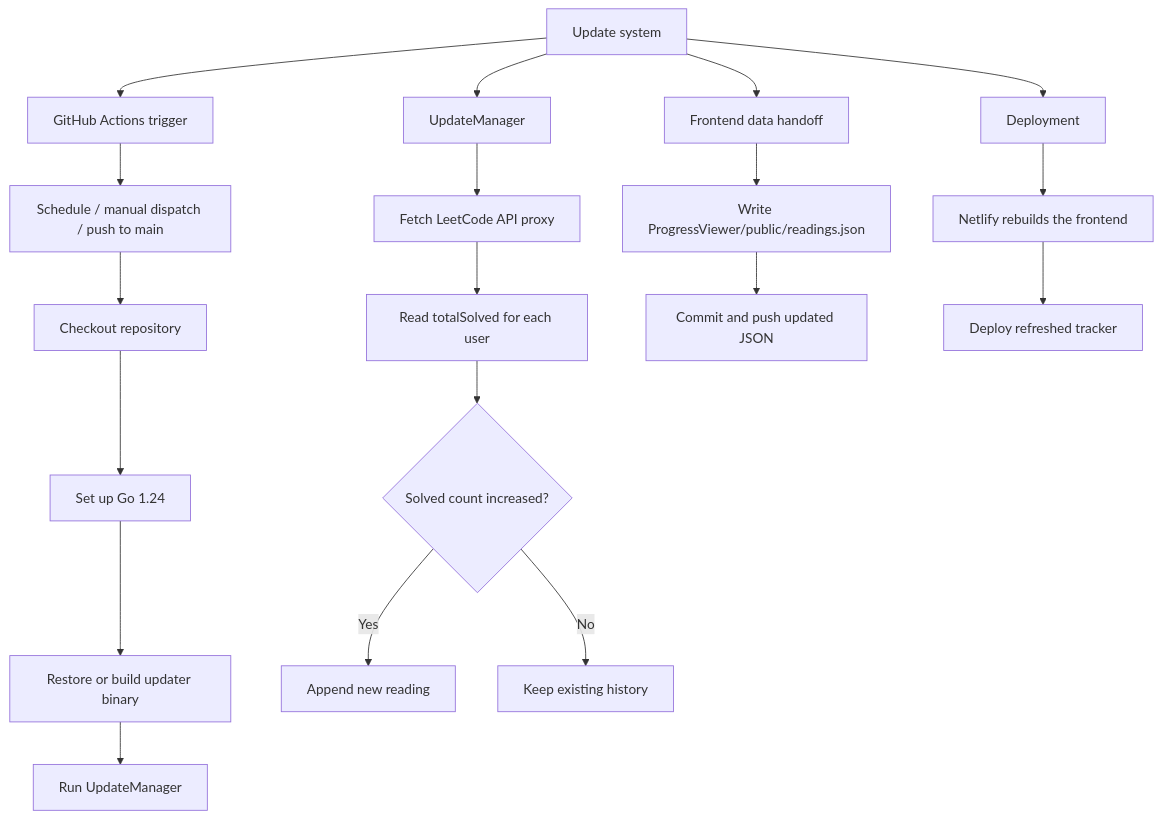
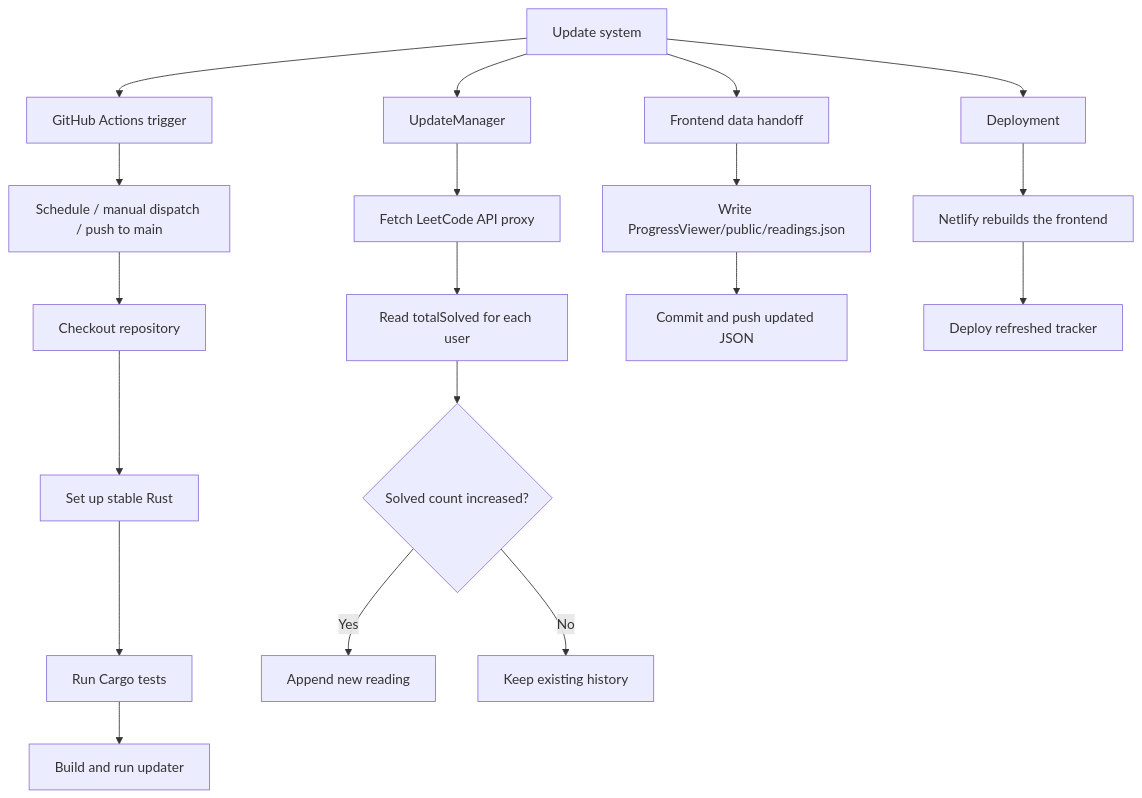
The diagram in README.md (Anga205/Leetcode-Tracker), drawn with Mermaid before and after one commit. The commit also changed other lines of this file and 19 other files, not shown here.

````diff
--- a/README.md
+++ b/README.md
@@ -26,25 +26,25 @@
 ```mermaid
 flowchart TD
 	A[Update system] --> B[GitHub Actions trigger]
 	A --> C[UpdateManager]
 	A --> D[Frontend data handoff]
 	A --> E[Deployment]
 
 	B --> B1[Schedule / manual dispatch / push to main]
 	B1 --> B2[Checkout repository]
-	B2 --> B3[Set up Go 1.24]
-	B3 --> B4[Restore or build updater binary]
-	B4 --> B5[Run UpdateManager]
+	B2 --> B3[Set up stable Rust]
+	B3 --> B4[Run Cargo tests]
+	B4 --> B5[Build and run updater]
 
 	C --> C1[Fetch LeetCode API proxy]
 	C1 --> C2[Read totalSolved for each user]
 	C2 --> C3{Solved count increased?}
 	C3 -- Yes --> C4[Append new reading]
 	C3 -- No --> C5[Keep existing history]
 
 	D --> D1[Write ProgressViewer/public/readings.json]
 	D1 --> D2[Commit and push updated JSON]
 
 	E --> E1[Netlify rebuilds the frontend]
 	E1 --> E2[Deploy refreshed tracker]
 ```
````
